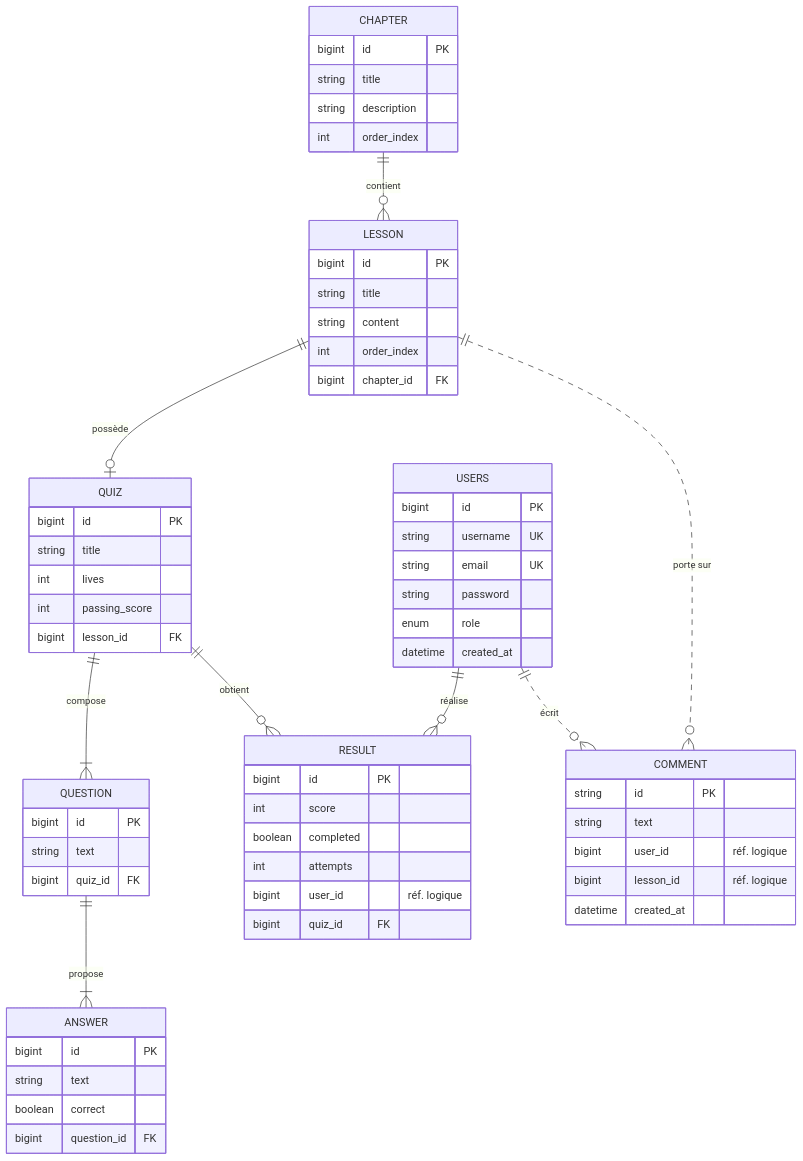
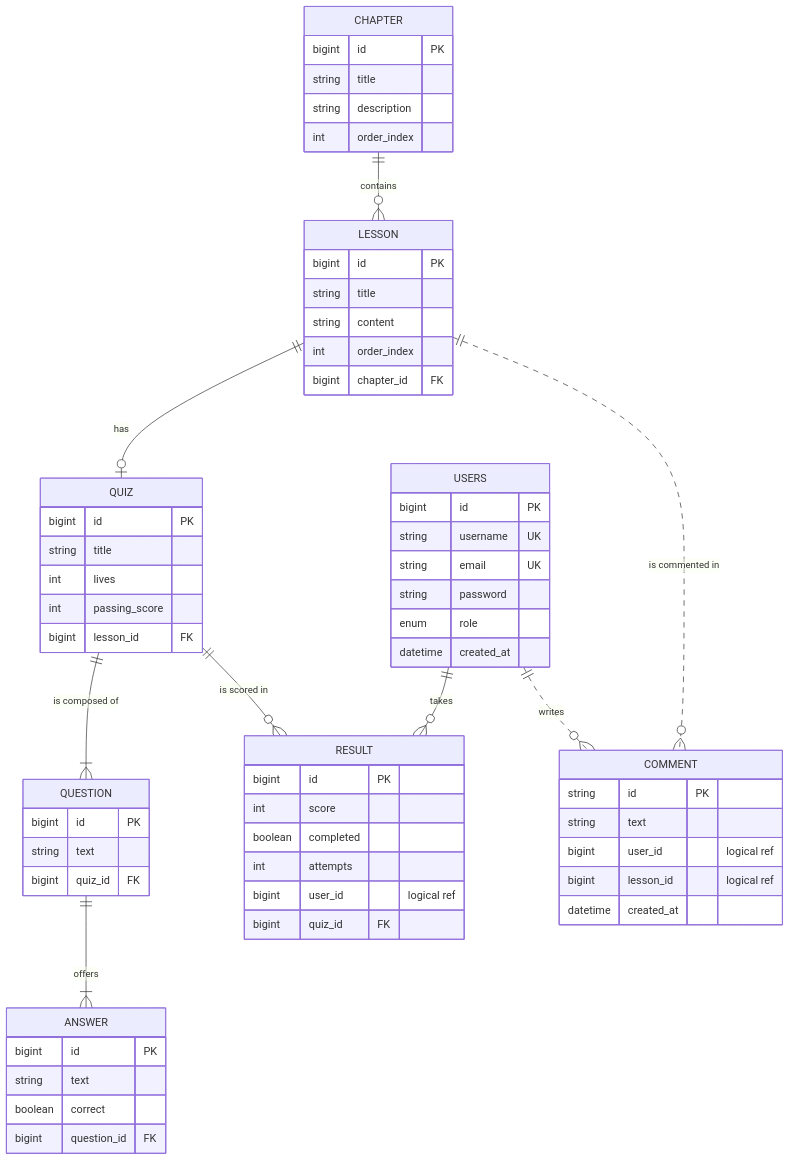
The second of 2 diagrams in README.md (enzo-gavini/PopJav), drawn with Mermaid before and after one commit. The commit also changed other lines of this file, not shown here.

````diff
--- a/README.md
+++ b/README.md
@@ -102,66 +102,66 @@
 ```mermaid
 erDiagram
-    CHAPTER  ||--o{ LESSON   : contient
-    LESSON   ||--o| QUIZ     : possède
-    QUIZ     ||--|{ QUESTION : compose
-    QUESTION ||--|{ ANSWER   : propose
-    USERS    ||--o{ RESULT   : réalise
-    QUIZ     ||--o{ RESULT   : obtient
-    USERS    ||..o{ COMMENT  : écrit
-    LESSON   ||..o{ COMMENT  : "porte sur"
+    CHAPTER  ||--o{ LESSON   : contains
+    LESSON   ||--o| QUIZ     : has
+    QUIZ     ||--|{ QUESTION : "is composed of"
+    QUESTION ||--|{ ANSWER   : offers
+    USERS    ||--o{ RESULT   : takes
+    QUIZ     ||--o{ RESULT   : "is scored in"
+    USERS    ||..o{ COMMENT  : writes
+    LESSON   ||..o{ COMMENT  : "is commented in"
 
     USERS {
         bigint id PK
         string username UK
         string email UK
         string password
         enum role
         datetime created_at
     }
     CHAPTER {
         bigint id PK
         string title
         string description
         int order_index
     }
     LESSON {
         bigint id PK
         string title
         string content
         int order_index
         bigint chapter_id FK
     }
     QUIZ {
         bigint id PK
         string title
         int lives
         int passing_score
         bigint lesson_id FK
     }
     QUESTION {
         bigint id PK
         string text
         bigint quiz_id FK
     }
     ANSWER {
         bigint id PK
         string text
         boolean correct
         bigint question_id FK
     }
     RESULT {
         bigint id PK
         int score
         boolean completed
         int attempts
-        bigint user_id "réf. logique"
+        bigint user_id "logical ref"
         bigint quiz_id FK
     }
     COMMENT {
         string id PK
         string text
-        bigint user_id "réf. logique"
-        bigint lesson_id "réf. logique"
+        bigint user_id "logical ref"
+        bigint lesson_id "logical ref"
         datetime created_at
     }
 ```
````
